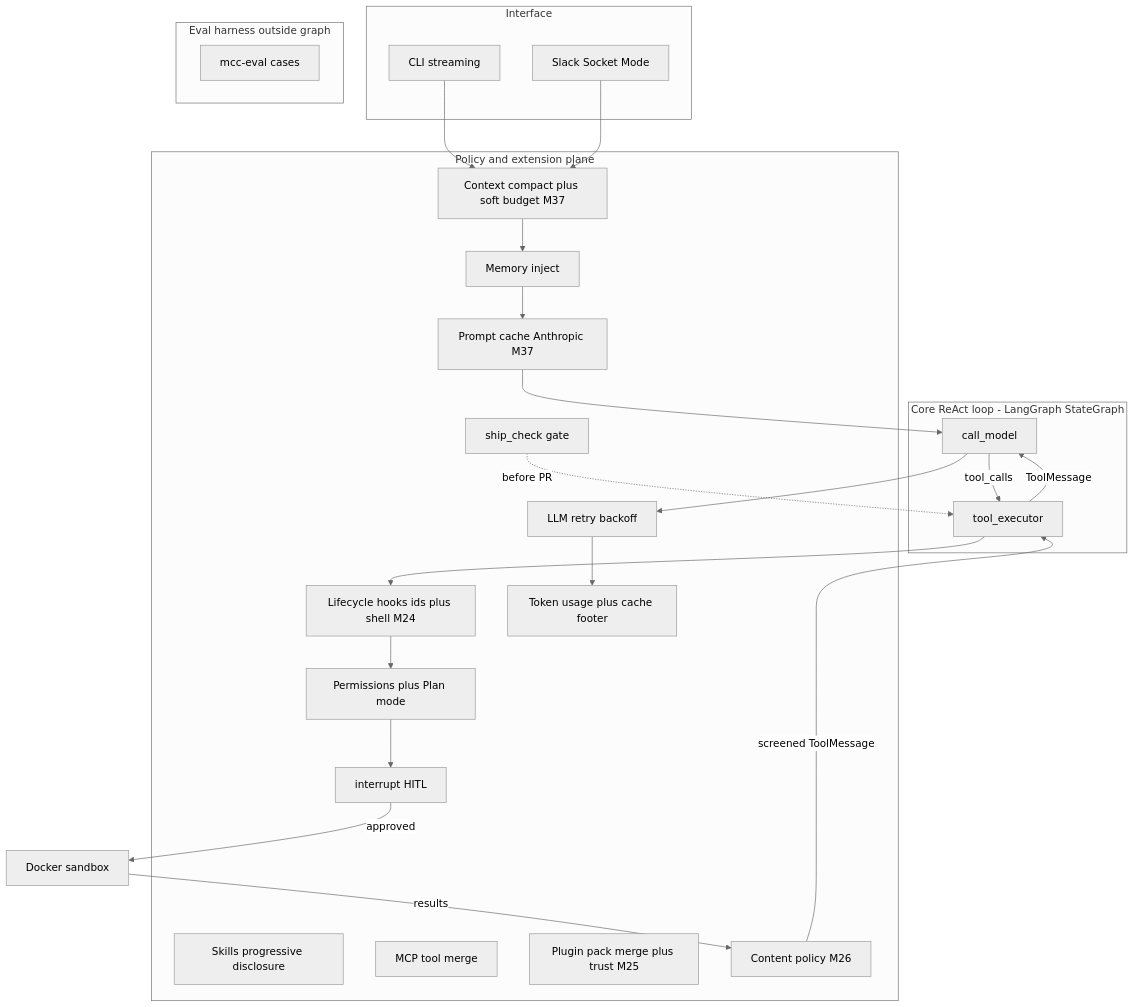
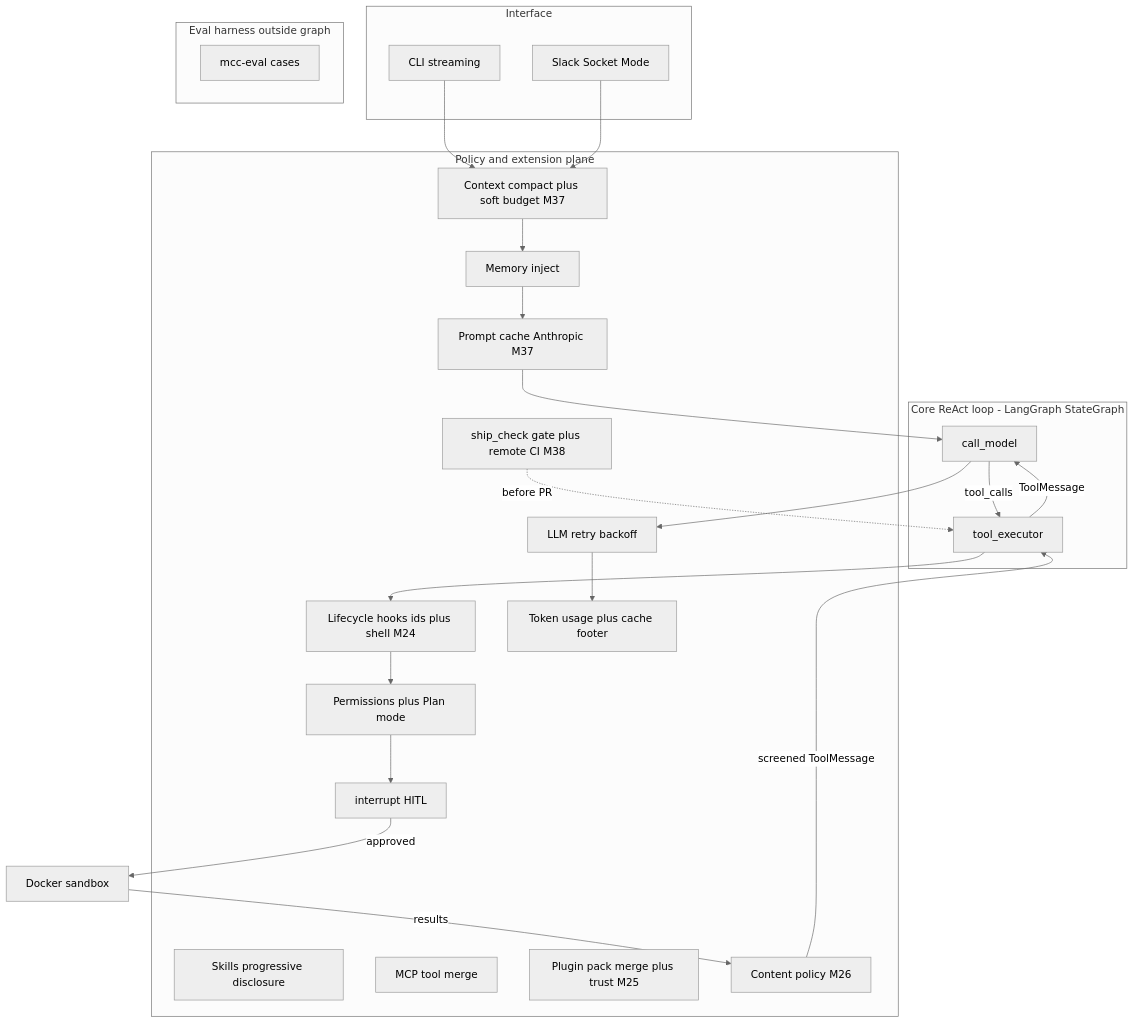
One commit to CharlotteYW/mini-claude-code changed the second of 2 diagrams in docs/architecture.md. Above: the diagram before and after it, drawn with Mermaid (neutral theme). The commit also changed other lines of this file and 12 other files, not shown here.

````diff
--- a/docs/architecture.md
+++ b/docs/architecture.md
@@ -57,45 +58,45 @@
 ```mermaid
 flowchart TB
   subgraph ui [Interface]
     CLI[CLI streaming]
     Slack[Slack Socket Mode]
   end
   subgraph core [Core ReAct loop - LangGraph StateGraph]
     Model[call_model]
     Tools[tool_executor]
     Model -->|tool_calls| Tools
     Tools -->|ToolMessage| Model
   end
   subgraph plane [Policy and extension plane]
     Perm[Permissions plus Plan mode]
     HITL[interrupt HITL]
     Hooks[Lifecycle hooks ids plus shell M24]
     Skills[Skills progressive disclosure]
     MCP[MCP tool merge]
     Plugins[Plugin pack merge plus trust M25]
     ContentPolicy[Content policy M26]
     Compact[Context compact plus soft budget M37]
     Memory[Memory inject]
     PromptCache[Prompt cache Anthropic M37]
     Retry[LLM retry backoff]
     Usage[Token usage plus cache footer]
-    Ship[ship_check gate]
+    Ship[ship_check gate plus remote CI M38]
   end
   subgraph eval [Eval harness outside graph]
     EvalRunner[mcc-eval cases]
   end
   CLI --> Compact
   Slack --> Compact
   Compact --> Memory
   Memory --> PromptCache
   PromptCache --> Model
   Model --> Retry
   Retry --> Usage
   Tools --> Hooks
   Hooks --> Perm
   Perm --> HITL
   HITL -->|approved| Sandbox[Docker sandbox]
   Sandbox -->|results| ContentPolicy
   ContentPolicy -->|screened ToolMessage| Tools
   Ship -.->|before PR| Tools
 ```
````
